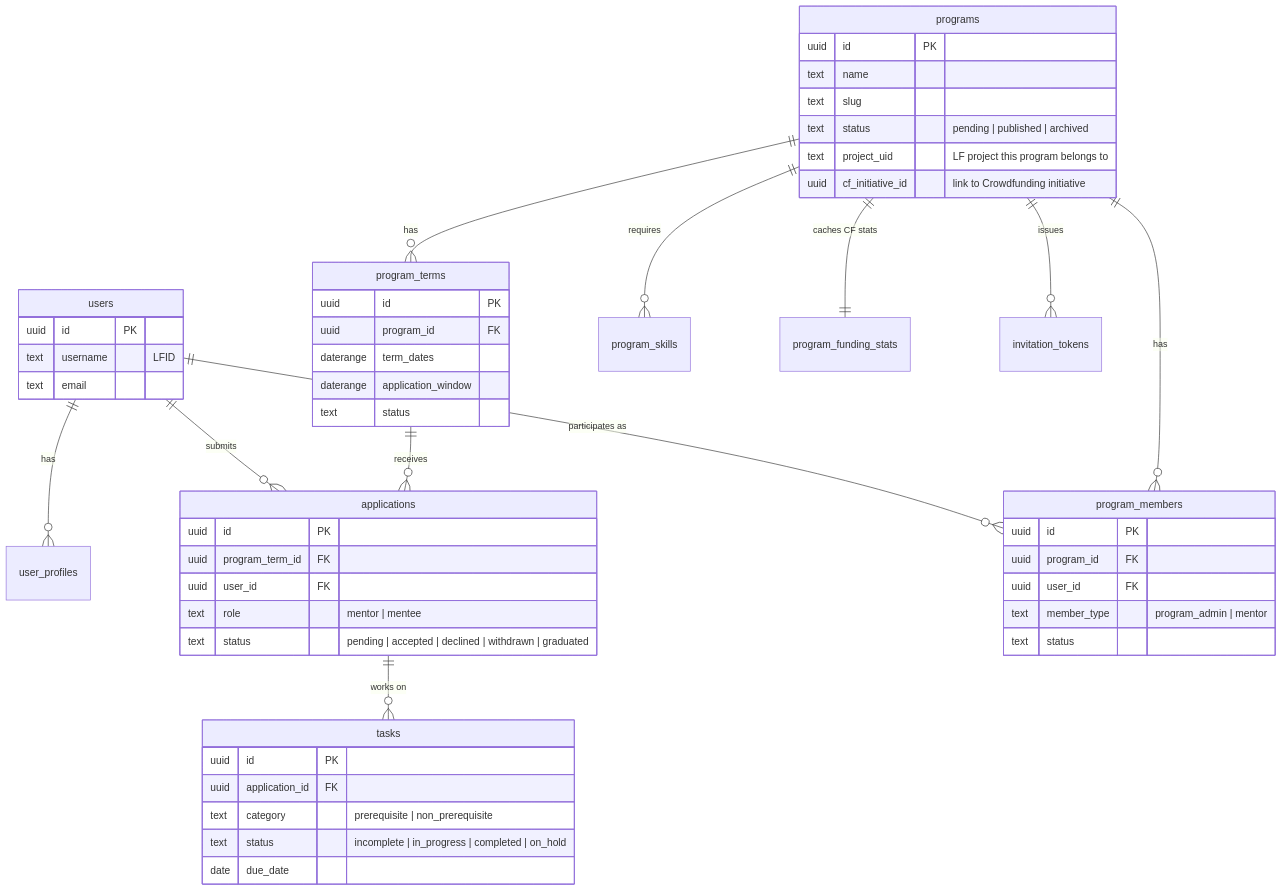
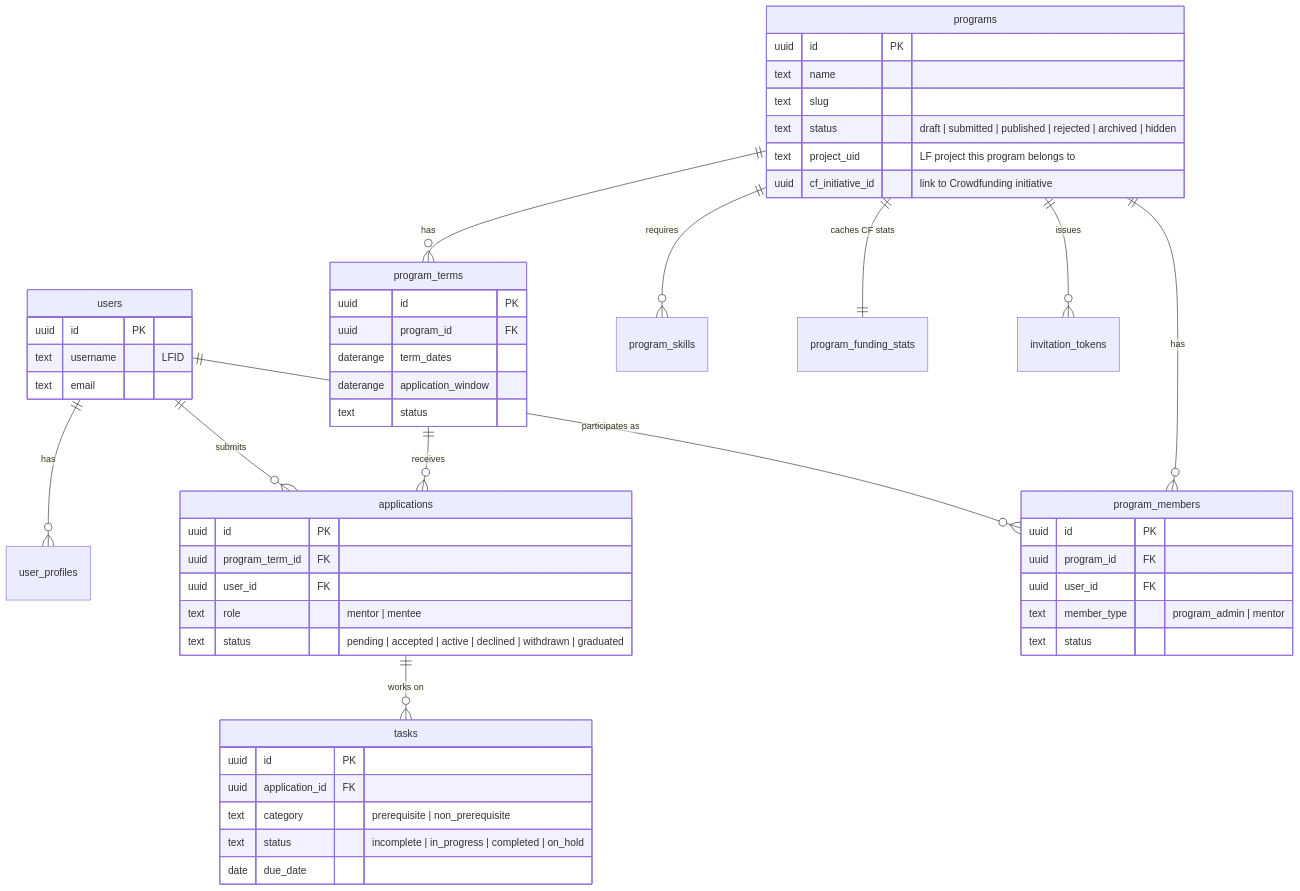
One commit to linuxfoundation/lfx-mentorship changed the second of 2 diagrams in docs/rewrite/02-target-architecture.md. Above: the diagram before and after it, drawn with Mermaid. The commit also changed 2 other files, not shown here.

Commit message:
docs(rewrite): fix program status vocabulary, surface hold divergence
Address review comments from copilot-pull-request-reviewer on PR #119.

- 02, 04: program status uses the real enum (draft | submitted | published |
  rejected | archived | hidden) from programs_status_check. The docs used a
  `pending` status that does not exist, and collapsed draft→submitted, which
  is a real authorization transition (writer submits, program_approver
  decides). The emissions table now lists each transition separately.
- 04: state explicitly that `published` alone emits viewer@user:*, so `public`
  is derivable as status == 'published'. It previously was not.
- 02: add `active` to the applications ERD — the prose was corrected in the
  last commit but the ERD in the same file still omitted it.
- 03, 04: stop claiming the status list matches applications_status_check. It
  does not: the constraint permits `hold`, while these docs recommend moving
  pause state to its own field. Both files now name this as an open decision
  requiring either a follow-up migration or a change to the recommendation,
  instead of asserting agreement that does not exist.

Resolves 4 review threads.

````diff
--- a/docs/rewrite/02-target-architecture.md
+++ b/docs/rewrite/02-target-architecture.md
@@ -96,55 +96,55 @@
 ```mermaid
 erDiagram
     users ||--o{ user_profiles : has
     users ||--o{ applications : submits
     users ||--o{ program_members : "participates as"
     programs ||--o{ program_terms : has
     programs ||--o{ program_members : has
     programs ||--o{ program_skills : requires
     programs ||--|| program_funding_stats : "caches CF stats"
     program_terms ||--o{ applications : receives
     applications ||--o{ tasks : "works on"
     programs ||--o{ invitation_tokens : issues
 
     users {
         uuid id PK
         text username "LFID"
         text email
     }
     programs {
         uuid id PK
         text name
         text slug
-        text status "pending | published | archived"
+        text status "draft | submitted | published | rejected | archived | hidden"
         text project_uid "LF project this program belongs to"
         uuid cf_initiative_id "link to Crowdfunding initiative"
     }
     program_terms {
         uuid id PK
         uuid program_id FK
         daterange term_dates
         daterange application_window
         text status
     }
     applications {
         uuid id PK
         uuid program_term_id FK
         uuid user_id FK
         text role "mentor | mentee"
-        text status "pending | accepted | declined | withdrawn | graduated"
+        text status "pending | accepted | active | declined | withdrawn | graduated"
     }
     program_members {
         uuid id PK
         uuid program_id FK
         uuid user_id FK
         text member_type "program_admin | mentor"
         text status
     }
     tasks {
         uuid id PK
         uuid application_id FK
         text category "prerequisite | non_prerequisite"
         text status "incomplete | in_progress | completed | on_hold"
         date due_date
     }
 ```
````
